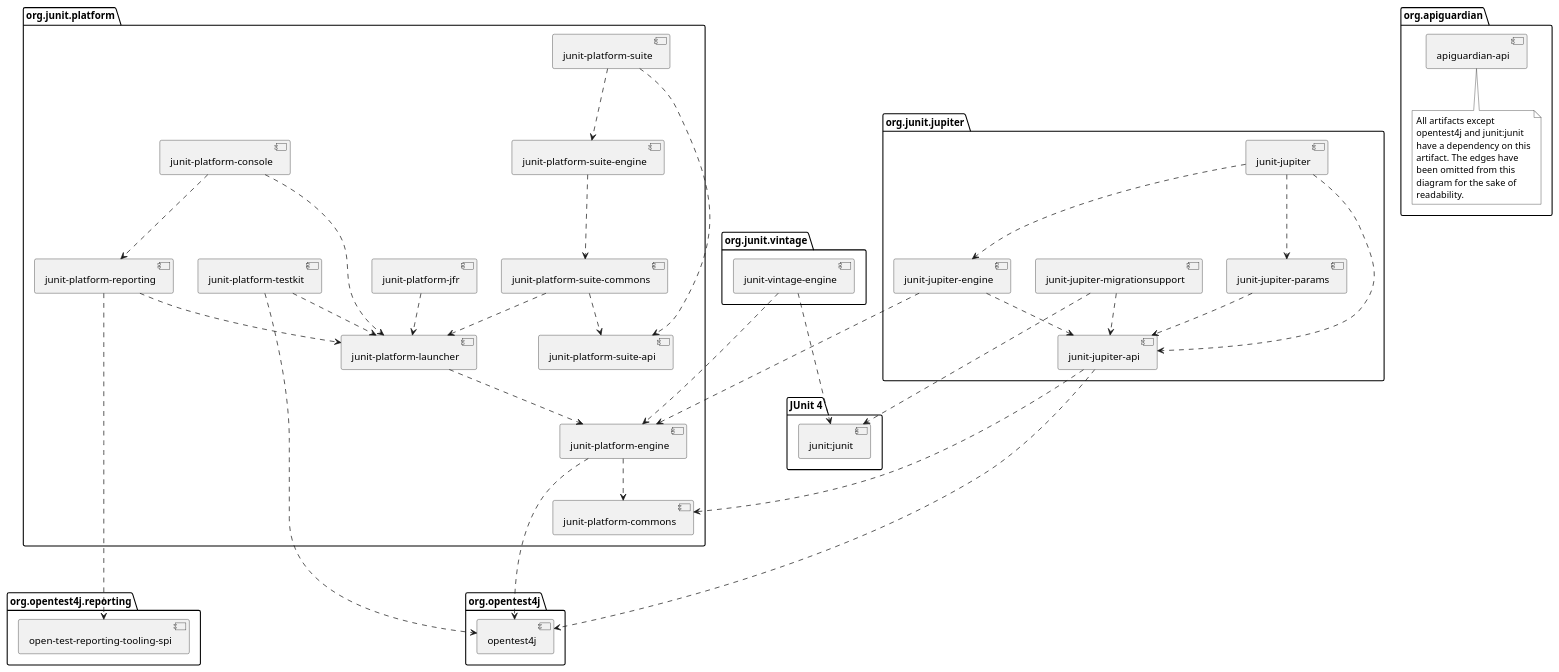
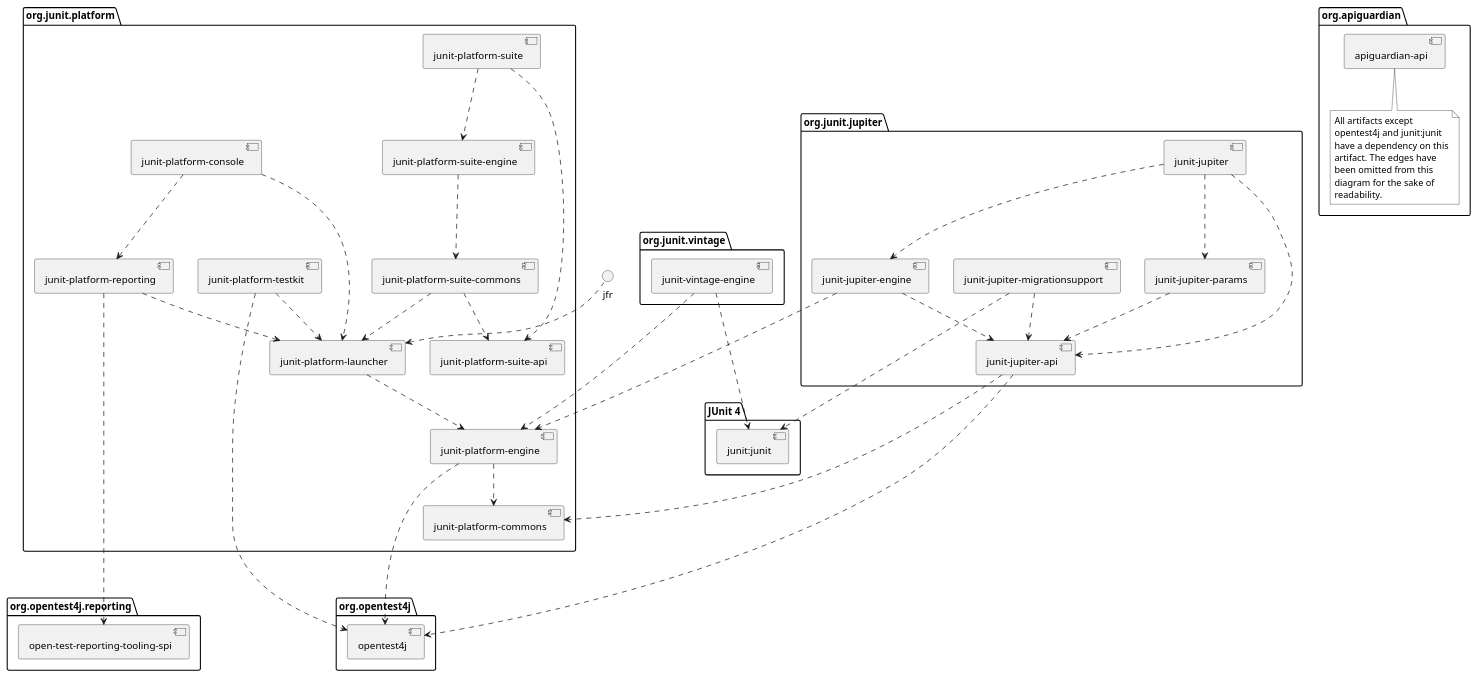
The diagram in documentation/src/plantuml/component-diagram.puml (junit-team/junit5), drawn with PlantUML before and after one commit. The commit also changed 27 other files, not shown here.

Commit message:
Move JFR event generating listeners into junit-platform-launcher

```diff
--- a/documentation/src/plantuml/component-diagram.puml
+++ b/documentation/src/plantuml/component-diagram.puml
@@ -1,99 +1,98 @@
 @startuml
 
 skinparam {
     defaultFontName sans-serif
 }
 
 package org.junit.jupiter {
     [junit-jupiter] as jupiter
     [junit-jupiter-api] as jupiter_api
     [junit-jupiter-engine] as jupiter_engine
     [junit-jupiter-params] as jupiter_params
     [junit-jupiter-migrationsupport] as jupiter_migration_support
 }
 
 package org.junit.vintage {
     [junit-vintage-engine] as vintage_engine
 }
 
 package org.junit.platform {
     [junit-platform-commons] as commons
     [junit-platform-console] as console
     [junit-platform-engine] as engine
-    [junit-platform-jfr] as jfr
     [junit-platform-launcher] as launcher
     [junit-platform-reporting] as reporting
     [junit-platform-suite] as suite
     [junit-platform-suite-api] as suite_api
     [junit-platform-suite-commons] as suite_commons
     [junit-platform-suite-engine] as suite_engine
     [junit-platform-testkit] as testkit
 }
 
 package "JUnit 4" {
     [junit:junit] as junit4
 }
 
 package org.opentest4j {
     [opentest4j]
 }
 
 package org.opentest4j.reporting {
     [open-test-reporting-tooling-spi] as otr_tooling_spi
 }
 
 package org.apiguardian {
     [apiguardian-api] as apiguardian
     note bottom of apiguardian #white
         All artifacts except
         opentest4j and junit:junit
         have a dependency on this
         artifact. The edges have
         been omitted from this
         diagram for the sake of
         readability.
     endnote
 }
 
 jupiter ..> jupiter_api
 jupiter ..> jupiter_params
 jupiter ..> jupiter_engine
 
 jupiter_api ....> opentest4j
 jupiter_api ...> commons
 
 jupiter_engine ...> engine
 jupiter_engine ..> jupiter_api
 
 jupiter_params ..> jupiter_api
 jupiter_migration_support ..> jupiter_api
 jupiter_migration_support ...> junit4
 
 console ..> launcher
 console ..> reporting
 
 launcher ..> engine
 
 jfr ..> launcher
 
 engine ....> opentest4j
 engine ..> commons
 
 reporting ..> launcher
 reporting ......> otr_tooling_spi
 
 suite ..> suite_api
 suite ..> suite_engine
 
 suite_engine ..> suite_commons
 
 suite_commons ..> launcher
 suite_commons ..> suite_api
 
 testkit ....> opentest4j
 testkit ..> launcher
 
 vintage_engine ...> engine
 vintage_engine ..> junit4
 
 @enduml
```
